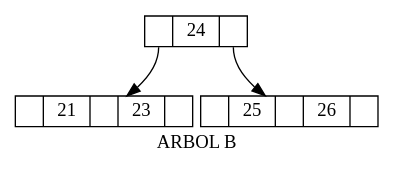
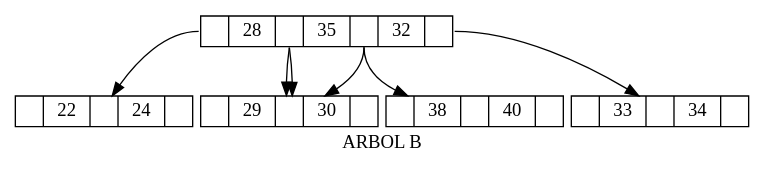
One commit to hr9457/EDD_1S2020_PY2_201314296 changed the diagram in EDD_Proyecto2/ArchivosDot/B.dot. Above: the diagram before and after it, drawn with Graphviz. The commit also changed 4 other files, not shown here.

Commit message:
cambiios en el arbol B problmeas con graphivz

```diff
--- a/EDD_Proyecto2/ArchivosDot/B.dot
+++ b/EDD_Proyecto2/ArchivosDot/B.dot
@@ -1,10 +1,18 @@
 digraph B{
 nodesep=0.08;
 node [shape=record,width=0.1,height=0.1];
-nodo24[label="<h0>| 24| <h1>" ];
-nodo21[label="<h0>| 21| <h1>| 23| <h2>" ];
-nodo25[label="<h0>| 25| <h1>| 26| <h2>" ];
-nodo24:h0->nodo21;
-nodo24:h1->nodo25;
+nodo28[label="<h0>| 28| <h1>| 35| <h2>| 32| <h3>" ];
+nodo22[label="<h0>| 22| <h1>| 24| <h2>" ];
+nodo29[label="<h0>| 29| <h1>| 30| <h2>" ];
+nodo29[label="<h0>| 29| <h1>| 30| <h2>" ];
+nodo38[label="<h0>| 38| <h1>| 40| <h2>" ];
+nodo29[label="<h0>| 29| <h1>| 30| <h2>" ];
+nodo33[label="<h0>| 33| <h1>| 34| <h2>" ];
+nodo28:h0->nodo22;
+nodo28:h1->nodo29;
+nodo28:h1->nodo29;
+nodo28:h2->nodo38;
+nodo28:h2->nodo29;
+nodo28:h3->nodo33;
 label = " ARBOL B "; 
 }
```
